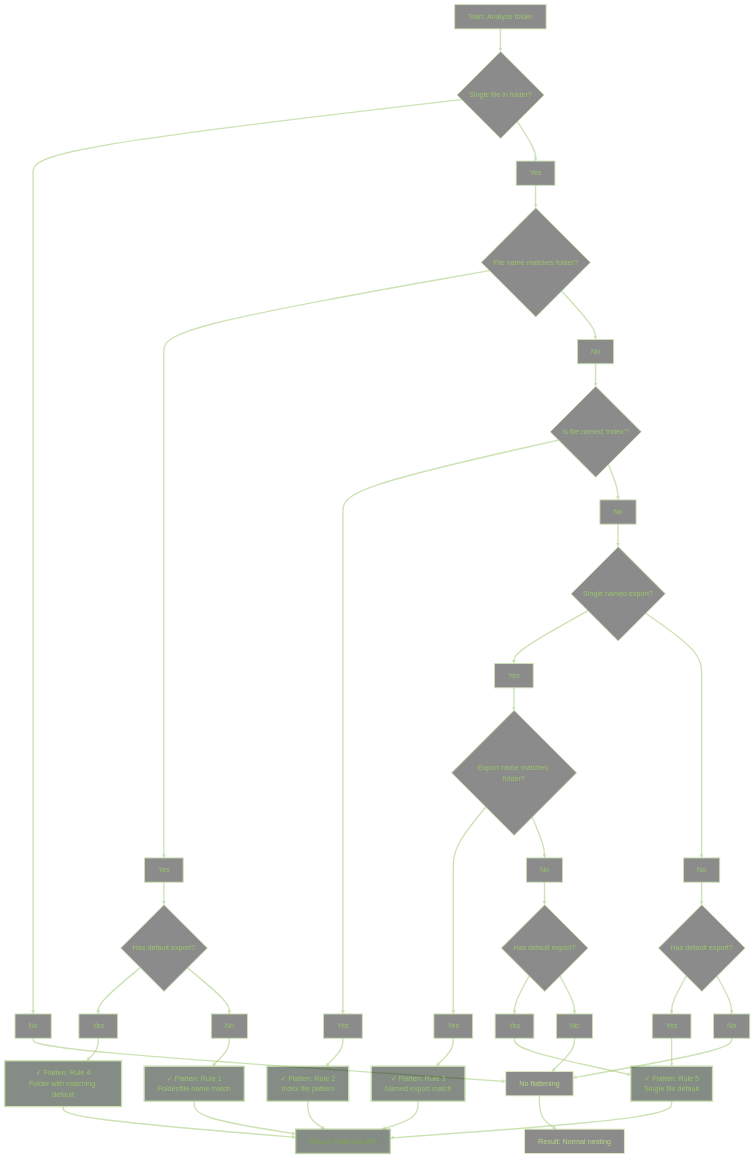
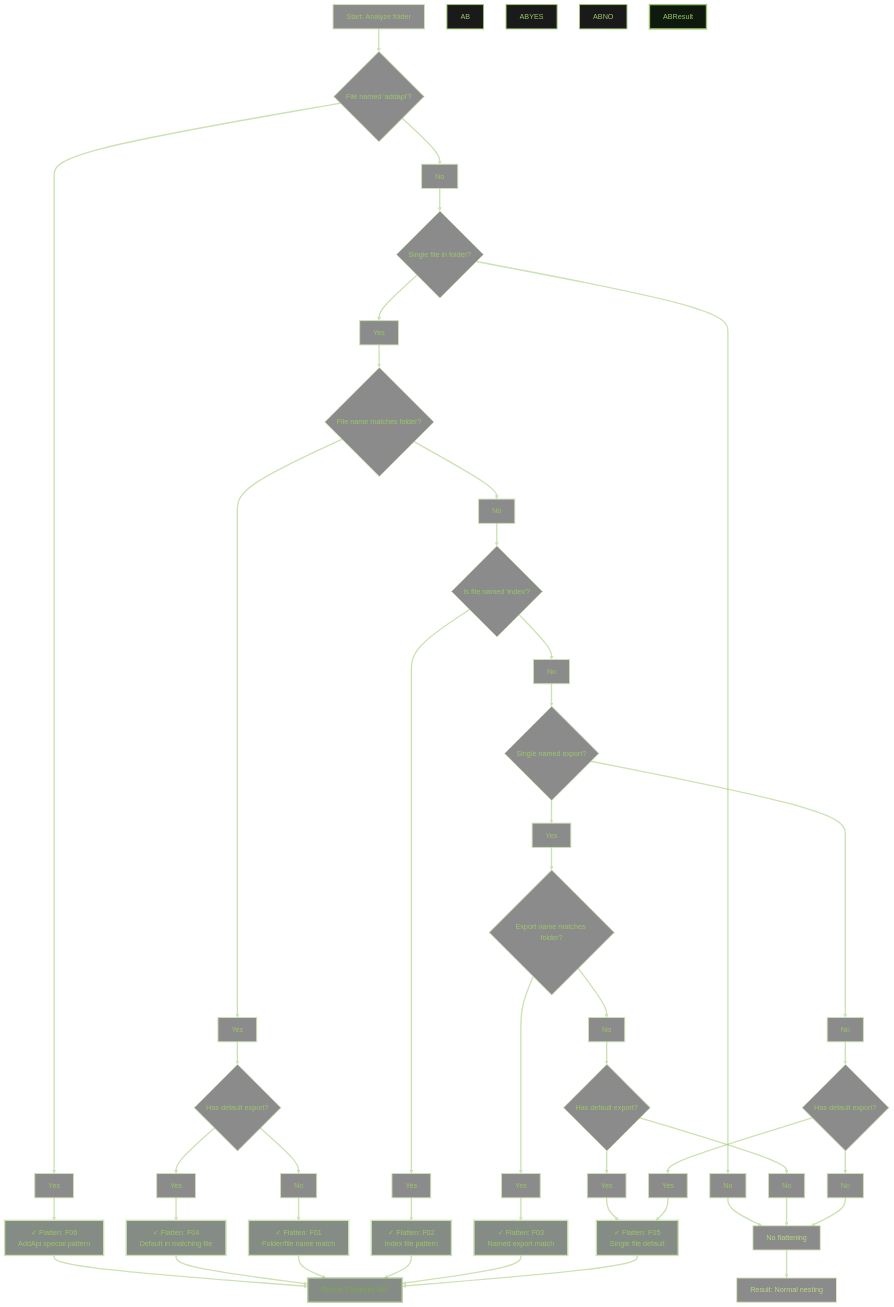
Before and after one commit to CLDMV/slothlet: the diagram in docs/API-FLATTENING.md, drawn with Mermaid. The commit also changed other lines of this file and 415 other files, not shown here.

````diff
--- a/docs/API-FLATTENING.md
+++ b/docs/API-FLATTENING.md
@@ -93,29 +365,33 @@
 ```mermaid
 flowchart TD
-	A[Start: Analyze folder] --> B{Single file in folder?}
+	A[Start: Analyze folder] --> AA{File named 'addapi'?}
+	AA --> AAYES[Yes] --> AAResult[✓ Flatten: F06<br/>AddApi special pattern]
+	AA --> AANO[No] --> B{Single file in folder?}
+
 	B --> BNO[No] --> Z[No flattening]
 	B --> BYES[Yes] --> C{File name matches folder?}
 
 	C --> CYES[Yes] --> D{Has default export?}
-	D --> DYES[Yes] --> E[✓ Flatten: Rule 4<br/>Folder with matching default]
-	D --> DNO[No] --> F[✓ Flatten: Rule 1<br/>Folder/file name match]
+	D --> DYES[Yes] --> E[✓ Flatten: F04<br/>Default in matching file]
+	D --> DNO[No] --> F[✓ Flatten: F01<br/>Folder/file name match]
 
 	C --> CNO[No] --> G{Is file named 'index'?}
-	G --> GYES[Yes] --> H[✓ Flatten: Rule 2<br/>Index file pattern]
+	G --> GYES[Yes] --> H[✓ Flatten: F02<br/>Index file pattern]
 	G --> GNO[No] --> I{Single named export?}
 
 	I --> IYES[Yes] --> J{Export name matches folder?}
-	J --> JYES[Yes] --> K[✓ Flatten: Rule 3<br/>Named export match]
+	J --> JYES[Yes] --> K[✓ Flatten: F03<br/>Named export match]
 	J --> JNO[No] --> L{Has default export?}
 
-	L --> LYES[Yes] --> M[✓ Flatten: Rule 5<br/>Single file default]
+	L --> LYES[Yes] --> M[✓ Flatten: F05<br/>Single file default]
 	L --> LNO[No] --> Z
 
 	I --> INO[No] --> N{Has default export?}
 	N --> NYES[Yes] --> M
 	N --> NNO[No] --> Z
 
-	E --> O[Result: Flattened API]
+	AAResult --> O[Result: Flattened API]
+	E --> O
 	F --> O
 	H --> O
 	K --> O
@@ -124,6 +400,7 @@
 
 	%% Slothlet brand colors - #9BC66B primary on dark theme
 	style A fill:#1a1a1a,stroke:#9BC66B,stroke-width:2px,color:#9BC66B,opacity:0.5
+	style AA fill:#1a1a1a,stroke:#9BC66B,stroke-width:2px,color:#9BC66B,opacity:0.5
 	style B fill:#1a1a1a,stroke:#9BC66B,stroke-width:2px,color:#9BC66B,opacity:0.5
 	style C fill:#1a1a1a,stroke:#9BC66B,stroke-width:2px,color:#9BC66B,opacity:0.5
 	style D fill:#1a1a1a,stroke:#9BC66B,stroke-width:2px,color:#9BC66B,opacity:0.5
@@ -134,6 +411,8 @@
 	style N fill:#1a1a1a,stroke:#9BC66B,stroke-width:2px,color:#9BC66B,opacity:0.5
 
 	%% Yes/No nodes - styled boxes
+	style AAYES fill:#1a1a1a,stroke:#9BC66B,stroke-width:2px,color:#9BC66B,opacity:0.5
+	style AANO fill:#1a1a1a,stroke:#9BC66B,stroke-width:2px,color:#9BC66B,opacity:0.5
 	style BNO fill:#1a1a1a,stroke:#9BC66B,stroke-width:2px,color:#9BC66B,opacity:0.5
 	style BYES fill:#1a1a1a,stroke:#9BC66B,stroke-width:2px,color:#9BC66B,opacity:0.5
 	style CYES fill:#1a1a1a,stroke:#9BC66B,stroke-width:2px,color:#9BC66B,opacity:0.5
@@ -152,6 +431,7 @@
 	style NNO fill:#1a1a1a,stroke:#9BC66B,stroke-width:2px,color:#9BC66B,opacity:0.5
 
 	%% Success states - primary green
+	style AAResult fill:#0d1a0d,stroke:#9BC66B,stroke-width:3px,color:#9BC66B,opacity:0.5
 	style E fill:#0d1a0d,stroke:#9BC66B,stroke-width:3px,color:#9BC66B,opacity:0.5
 	style F fill:#0d1a0d,stroke:#9BC66B,stroke-width:3px,color:#9BC66B,opacity:0.5
 	style H fill:#0d1a0d,stroke:#9BC66B,stroke-width:3px,color:#9BC66B,opacity:0.5
@@ -165,4 +445,53 @@
 
 	%% Arrow styling
 	linkStyle default stroke:#9BC66B,stroke-width:3px,opacity:0.5
+
+    %% Styling with slothlet brand colors (#9BC66B primary)
+    style A fill:#1a1a1a,stroke:#9BC66B,stroke-width:2px,color:#9BC66B
+    style AA fill:#1a1a1a,stroke:#9BC66B,stroke-width:2px,color:#9BC66B
+    style AB fill:#1a1a1a,stroke:#9BC66B,stroke-width:2px,color:#9BC66B
+    style B fill:#1a1a1a,stroke:#9BC66B,stroke-width:2px,color:#9BC66B
+    style C fill:#1a1a1a,stroke:#9BC66B,stroke-width:2px,color:#9BC66B
+    style D fill:#1a1a1a,stroke:#9BC66B,stroke-width:2px,color:#9BC66B
+    style G fill:#1a1a1a,stroke:#9BC66B,stroke-width:2px,color:#9BC66B
+    style I fill:#1a1a1a,stroke:#9BC66B,stroke-width:2px,color:#9BC66B
+    style J fill:#1a1a1a,stroke:#9BC66B,stroke-width:2px,color:#9BC66B
+    style L fill:#1a1a1a,stroke:#9BC66B,stroke-width:2px,color:#9BC66B
+    style N fill:#1a1a1a,stroke:#9BC66B,stroke-width:2px,color:#9BC66B
+
+    %% Decision nodes
+    style AAYES fill:#1a1a1a,stroke:#9BC66B,stroke-width:2px,color:#9BC66B
+    style AANO fill:#1a1a1a,stroke:#9BC66B,stroke-width:2px,color:#9BC66B
+    style ABYES fill:#1a1a1a,stroke:#9BC66B,stroke-width:2px,color:#9BC66B
+    style ABNO fill:#1a1a1a,stroke:#9BC66B,stroke-width:2px,color:#9BC66B
+    style BNO fill:#1a1a1a,stroke:#9BC66B,stroke-width:2px,color:#9BC66B
+    style BYES fill:#1a1a1a,stroke:#9BC66B,stroke-width:2px,color:#9BC66B
+    style CYES fill:#1a1a1a,stroke:#9BC66B,stroke-width:2px,color:#9BC66B
+    style CNO fill:#1a1a1a,stroke:#9BC66B,stroke-width:2px,color:#9BC66B
+    style DYES fill:#1a1a1a,stroke:#9BC66B,stroke-width:2px,color:#9BC66B
+    style DNO fill:#1a1a1a,stroke:#9BC66B,stroke-width:2px,color:#9BC66B
+    style GYES fill:#1a1a1a,stroke:#9BC66B,stroke-width:2px,color:#9BC66B
+    style GNO fill:#1a1a1a,stroke:#9BC66B,stroke-width:2px,color:#9BC66B
+    style IYES fill:#1a1a1a,stroke:#9BC66B,stroke-width:2px,color:#9BC66B
+    style INO fill:#1a1a1a,stroke:#9BC66B,stroke-width:2px,color:#9BC66B
+    style JYES fill:#1a1a1a,stroke:#9BC66B,stroke-width:2px,color:#9BC66B
+    style JNO fill:#1a1a1a,stroke:#9BC66B,stroke-width:2px,color:#9BC66B
+    style LYES fill:#1a1a1a,stroke:#9BC66B,stroke-width:2px,color:#9BC66B
+    style LNO fill:#1a1a1a,stroke:#9BC66B,stroke-width:2px,color:#9BC66B
+    style NYES fill:#1a1a1a,stroke:#9BC66B,stroke-width:2px,color:#9BC66B
+    style NNO fill:#1a1a1a,stroke:#9BC66B,stroke-width:2px,color:#9BC66B
+
+    %% Success states - primary green
+    style E fill:#0d1a0d,stroke:#9BC66B,stroke-width:3px,color:#9BC66B
+    style F fill:#0d1a0d,stroke:#9BC66B,stroke-width:3px,color:#9BC66B
+    style H fill:#0d1a0d,stroke:#9BC66B,stroke-width:3px,color:#9BC66B
+    style K fill:#0d1a0d,stroke:#9BC66B,stroke-width:3px,color:#9BC66B
+    style M fill:#0d1a0d,stroke:#9BC66B,stroke-width:3px,color:#9BC66B
+    style AAResult fill:#0d1a0d,stroke:#9BC66B,stroke-width:3px,color:#9BC66B
+    style ABResult fill:#0d1a0d,stroke:#9BC66B,stroke-width:3px,color:#9BC66B
+
+    %% Results - accent colors
+    style O fill:#0d1a0d,stroke:#7FA94F,stroke-width:3px,color:#7FA94F
+    style P fill:#1a1a1a,stroke:#B8D982,stroke-width:2px,color:#B8D982
+    style Z fill:#1a1a1a,stroke:#B8D982,stroke-width:2px,color:#B8D982
 ```
````
